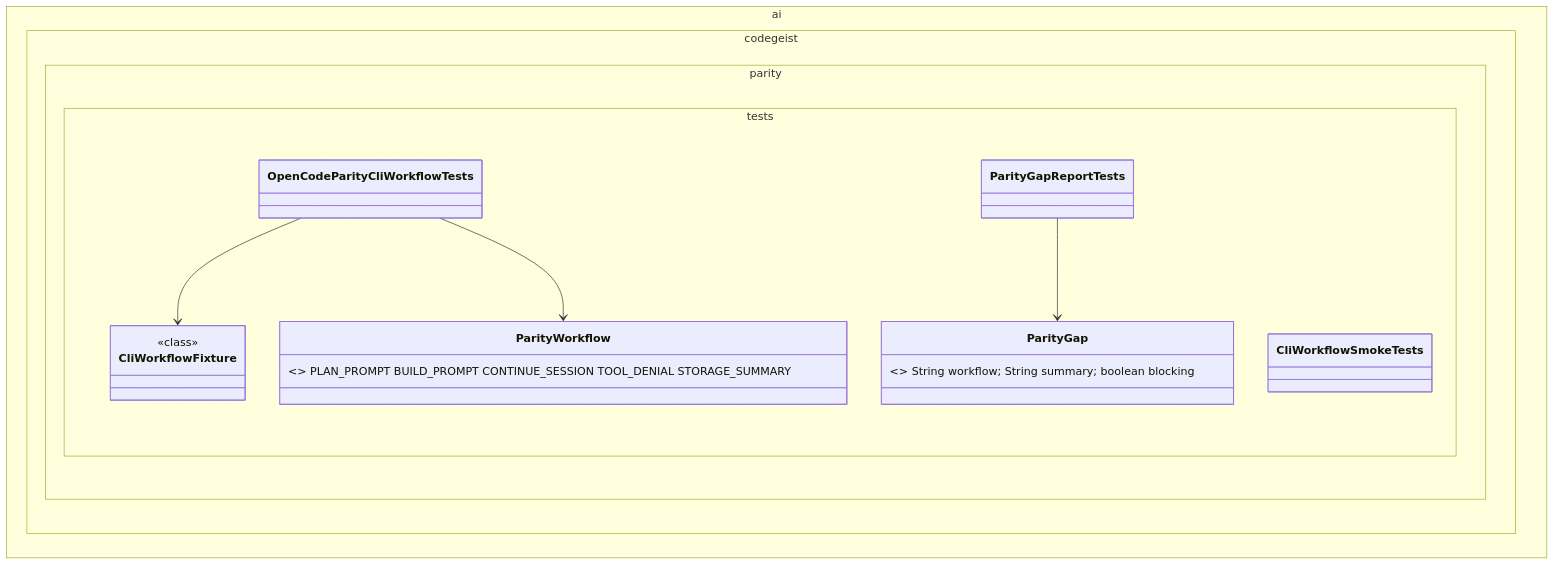
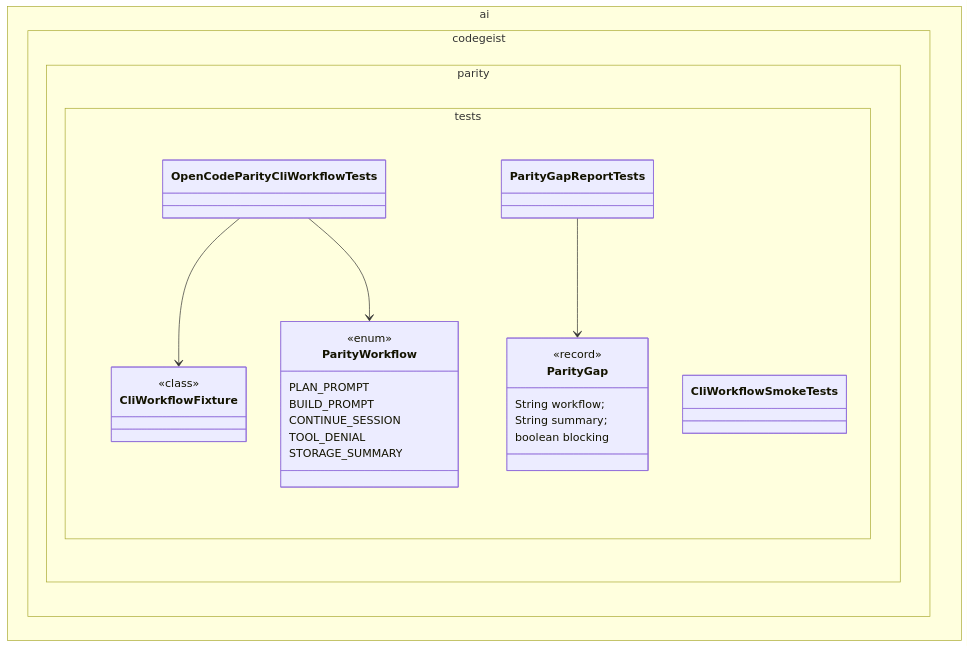
Before and after one commit to codegeist-ai/codegeist: the diagram in docs/developer/implementation/opencode-parity-cli-workflow-validation.md, drawn with Mermaid. The commit also changed 17 other files, not shown here.

First line of the commit message:
docs(diagrams): format Mermaid class bodies

````diff
--- a/docs/developer/implementation/opencode-parity-cli-workflow-validation.md
+++ b/docs/developer/implementation/opencode-parity-cli-workflow-validation.md
@@ -26,15 +26,29 @@
 ```mermaid
 classDiagram
     namespace ai.codegeist.parity.tests {
         class OpenCodeParityCliWorkflowTests
         class CliWorkflowSmokeTests
         class ParityGapReportTests
-        class CliWorkflowFixture { <<class>> }
-        class ParityGap { <<record>> String workflow; String summary; boolean blocking }
-        class ParityWorkflow { <<enum>> PLAN_PROMPT BUILD_PROMPT CONTINUE_SESSION TOOL_DENIAL STORAGE_SUMMARY }
+        class CliWorkflowFixture {
+          <<class>>
+        }
+        class ParityGap {
+          <<record>>
+          String workflow;
+          String summary;
+          boolean blocking
+        }
+        class ParityWorkflow {
+          <<enum>>
+          PLAN_PROMPT
+          BUILD_PROMPT
+          CONTINUE_SESSION
+          TOOL_DENIAL
+          STORAGE_SUMMARY
+        }
     }
 
     OpenCodeParityCliWorkflowTests --> CliWorkflowFixture
     ParityGapReportTests --> ParityGap
     OpenCodeParityCliWorkflowTests --> ParityWorkflow
 ```
````
